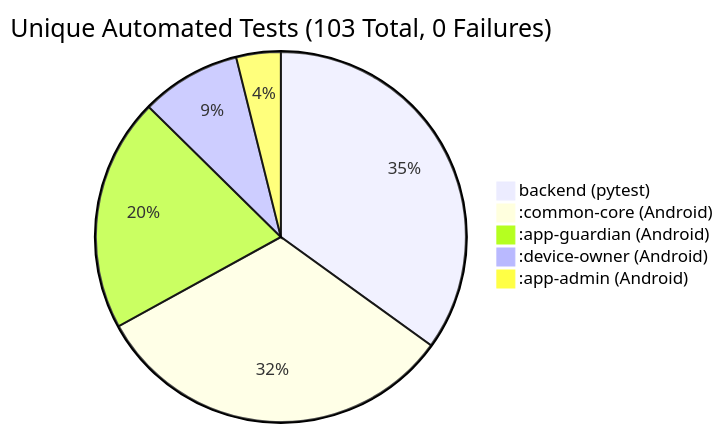
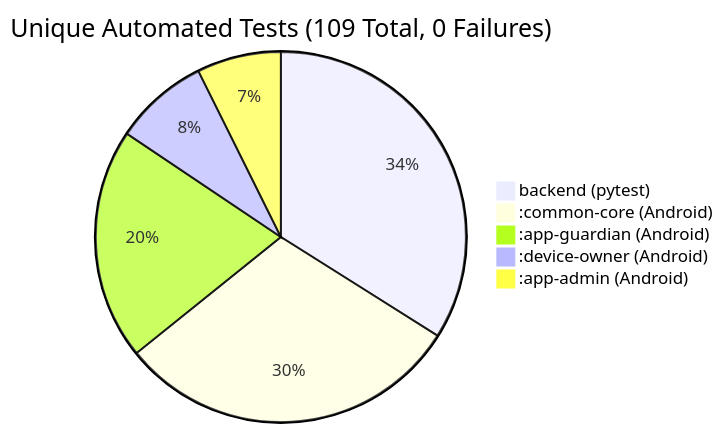
Before and after one commit to samhereokay/she: the first of 2 diagrams in docs/phases_3_to_5_remediation_and_audit_report.md, drawn with Mermaid. The commit also changed other lines of this file and 10 other files, not shown here.

````diff
--- a/docs/phases_3_to_5_remediation_and_audit_report.md
+++ b/docs/phases_3_to_5_remediation_and_audit_report.md
@@ -154,8 +173,8 @@
 ```mermaid
-pie title Unique Automated Tests (103 Total, 0 Failures)
-    "backend (pytest)" : 36
+pie title Unique Automated Tests (109 Total, 0 Failures)
+    "backend (pytest)" : 37
     ":common-core (Android)" : 33
-    ":app-guardian (Android)" : 21
+    ":app-guardian (Android)" : 22
     ":device-owner (Android)" : 9
-    ":app-admin (Android)" : 4
+    ":app-admin (Android)" : 8
 ```
````
